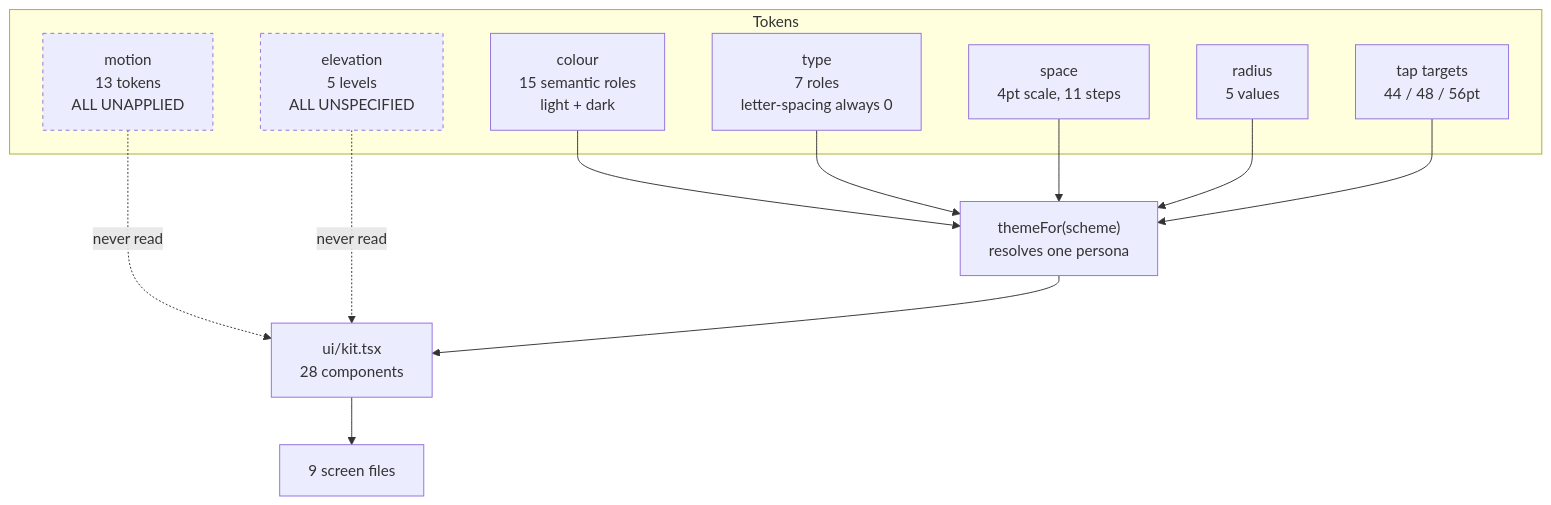
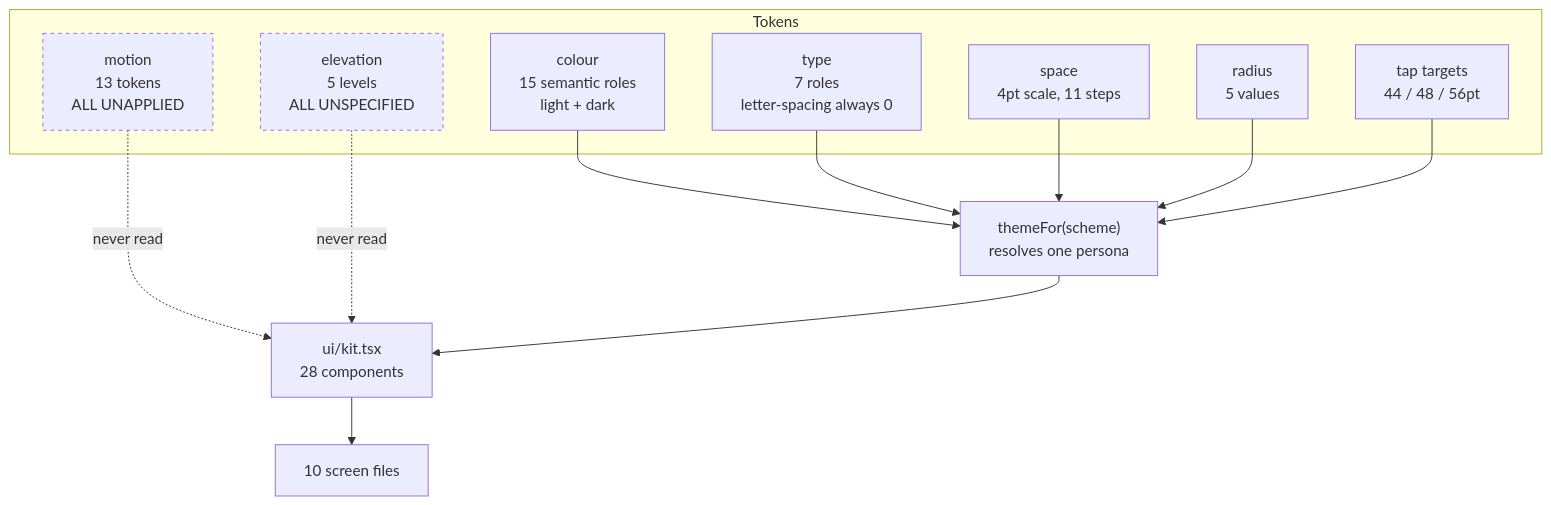
One commit to alinasser21001b-blip/adlytic changed the fourth of 6 diagrams in docs/design/DIAGRAMS.md. Above: the diagram before and after it, drawn with Mermaid. The commit also changed 93 other files, not shown here.

````diff
--- a/docs/design/DIAGRAMS.md
+++ b/docs/design/DIAGRAMS.md
@@ -163,26 +163,26 @@
 ```mermaid
 flowchart TD
   subgraph Tokens
     color["colour<br/>15 semantic roles<br/>light + dark"]
     type["type<br/>7 roles<br/>letter-spacing always 0"]
     space["space<br/>4pt scale, 11 steps"]
     radius["radius<br/>5 values"]
     tap["tap targets<br/>44 / 48 / 56pt"]
     motion["motion<br/>13 tokens<br/>ALL UNAPPLIED"]
     elevation["elevation<br/>5 levels<br/>ALL UNSPECIFIED"]
   end
   theme["themeFor(scheme)<br/>resolves one persona"]
   kit["ui/kit.tsx<br/>28 components"]
-  screens["9 screen files"]
+  screens["10 screen files"]
   color --> theme
   type --> theme
   space --> theme
   radius --> theme
   tap --> theme
   motion -.never read.-> kit
   elevation -.never read.-> kit
   theme --> kit
   kit --> screens
   classDef dead stroke-dasharray: 4 4;
   class motion,elevation dead;
 ```
````
